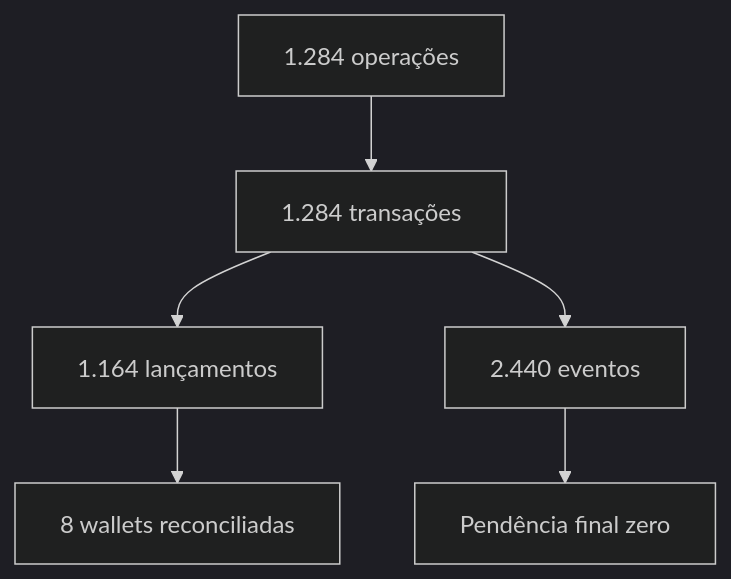
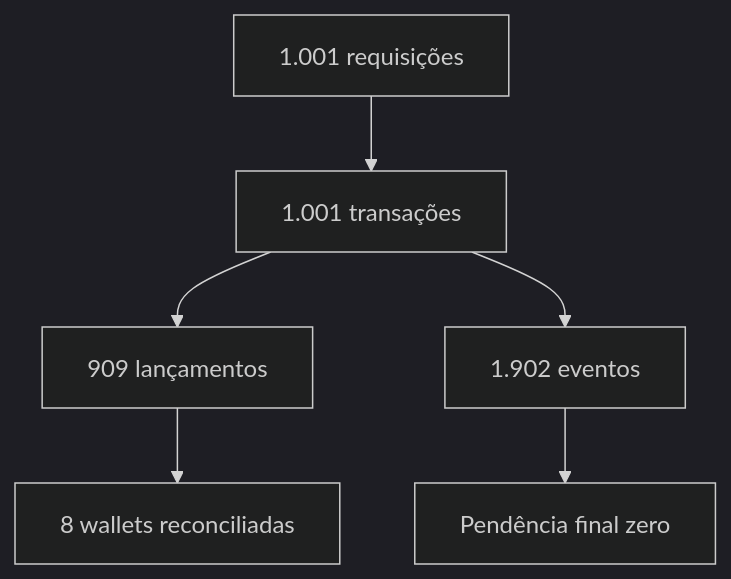
One commit to renansko/jugle-gaming-test changed the fifth of 7 diagrams in evidencias/carga-curta.md. Above: the diagram before and after it, drawn with Mermaid (dark theme). The commit also changed other lines of this file and 11 other files, not shown here.

````diff
--- a/evidencias/carga-curta.md
+++ b/evidencias/carga-curta.md
@@ -59,8 +59,8 @@
 ```mermaid
 flowchart TD
-    Operations["1.284 operações"] --> Transactions["1.284 transações"]
-    Transactions --> Ledger["1.164 lançamentos"]
-    Transactions --> Outbox["2.440 eventos"]
+    Operations["1.001 requisições"] --> Transactions["1.001 transações"]
+    Transactions --> Ledger["909 lançamentos"]
+    Transactions --> Outbox["1.902 eventos"]
     Ledger --> Reconcile["8 wallets reconciliadas"]
     Outbox --> Converge["Pendência final zero"]
 ```
````
